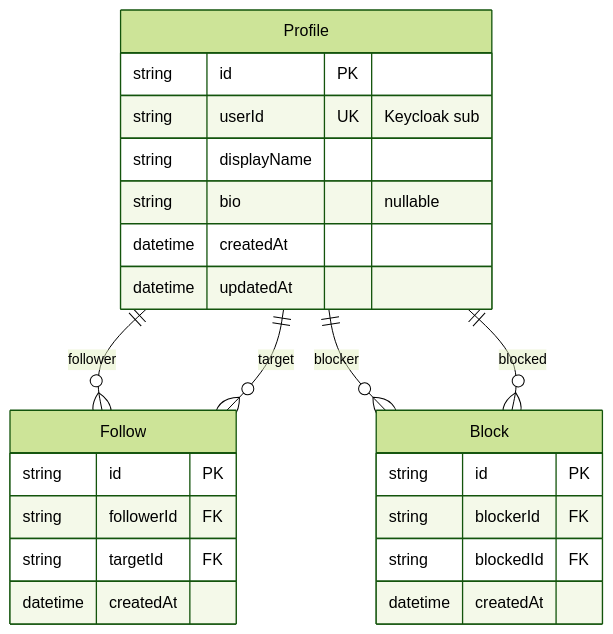
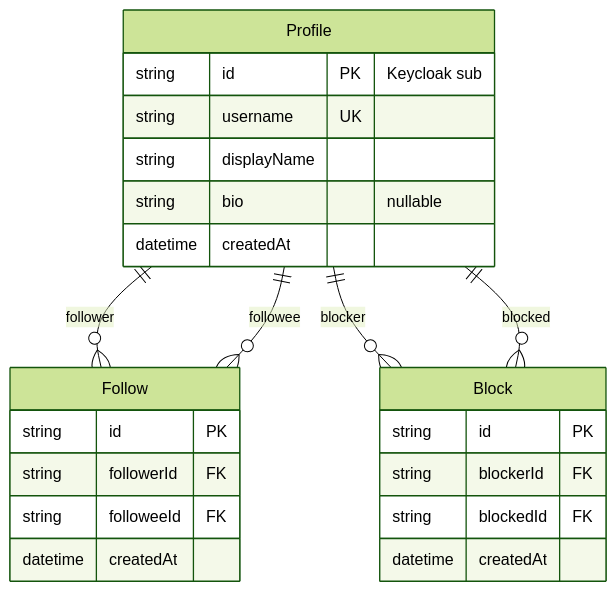
Before and after one commit to jdc-projects/xitter: the first of 5 diagrams in docs/specs/data/01-storage-model.md, drawn with Mermaid (forest theme). The commit also changed other lines of this file and 4 other files, not shown here.

````diff
--- a/docs/specs/data/01-storage-model.md
+++ b/docs/specs/data/01-storage-model.md
@@ -22,27 +22,26 @@
 ```mermaid
 erDiagram
     Profile ||--o{ Follow : "follower"
-    Profile ||--o{ Follow : "target"
+    Profile ||--o{ Follow : "followee"
     Profile ||--o{ Block : "blocker"
     Profile ||--o{ Block : "blocked"
     Profile {
-        string id PK
-        string userId UK "Keycloak sub"
+        string id PK "Keycloak sub"
+        string username UK
         string displayName
         string bio "nullable"
         datetime createdAt
-        datetime updatedAt
     }
     Follow {
         string id PK
         string followerId FK
-        string targetId FK
+        string followeeId FK
         datetime createdAt
     }
     Block {
         string id PK
         string blockerId FK
         string blockedId FK
         datetime createdAt
     }
 ```
````
